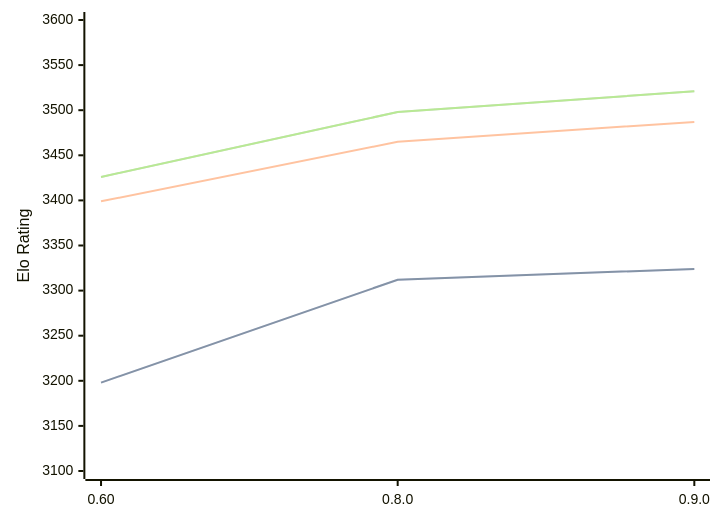
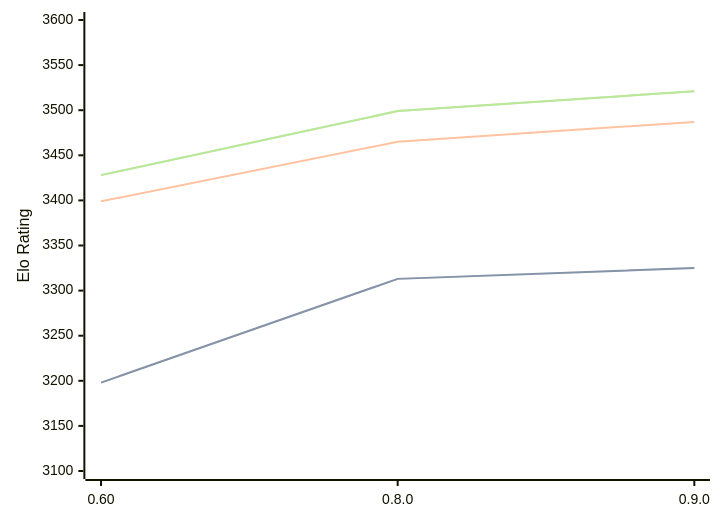
Before and after one commit to computer-chess-index/cci: the diagram in engines/Motor.md, drawn with Mermaid. The commit also changed other lines of this file, not shown here.

Commit message:
Update CCI Ratings (ELO VLTC) - 2026-08-05

````diff
--- a/engines/Motor.md
+++ b/engines/Motor.md
@@ -39,11 +39,11 @@
 ```mermaid
 %%{init: {"theme":"base","themeVariables":{"seriesColors:['#a3a3a3','#222221','#faa371']}}}%%
 xychart-beta
   x-axis ["0.60", "0.8.0", "0.9.0"]
   y-axis "Elo Rating" 3100 --> 3600
-  line "STC (8.0+0.08s)" [3198, 3312, 3324]
-  line "STC (8.0+0.08s)" [3198, 3312, 3324]
+  line "STC (8.0+0.08s)" [3198, 3313, 3325]
+  line "STC (8.0+0.08s)" [3198, 3313, 3325]
   line "LTC (60.0+0.60s)" [3399, 3465, 3487]
-  line "VLTC (2m24s+1.12s)" [3426, 3498, 3521]
-  line "VLTC (2m24s+1.12s)" [3426, 3498, 3521]
+  line "VLTC (2m24s+1.12s)" [3428, 3499, 3521]
+  line "VLTC (2m24s+1.12s)" [3428, 3499, 3521]
 ```
````
